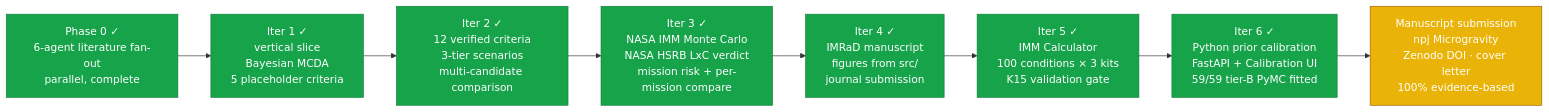
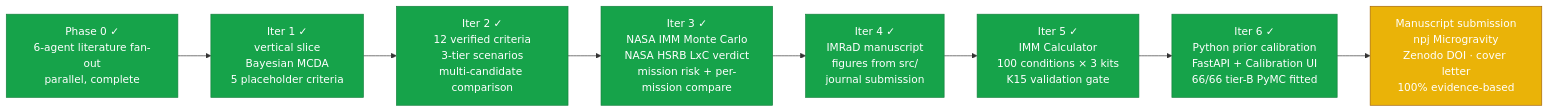
The first of 2 diagrams in README.md (strikerdlm/selectron), drawn with Mermaid before and after one commit. The commit also changed other lines of this file and 4 other files, not shown here.

````diff
--- a/README.md
+++ b/README.md
@@ -81,15 +81,15 @@
 ```mermaid
 flowchart LR
     P0[Phase 0 ✓<br/>6-agent literature fan-out<br/>parallel, complete] --> I1
     I1[Iter 1 ✓<br/>vertical slice<br/>Bayesian MCDA<br/>5 placeholder criteria] --> I2
     I2[Iter 2 ✓<br/>12 verified criteria<br/>3-tier scenarios<br/>multi-candidate comparison] --> I3
     I3[Iter 3 ✓<br/>NASA IMM Monte Carlo<br/>NASA HSRB LxC verdict<br/>mission risk + per-mission compare] --> I4
     I4[Iter 4 ✓<br/>IMRaD manuscript<br/>figures from src/<br/>journal submission] --> I5
     I5[Iter 5 ✓<br/>IMM Calculator<br/>100 conditions × 3 kits<br/>K15 validation gate] --> I6
-    I6[Iter 6 ✓<br/>Python prior calibration<br/>FastAPI + Calibration UI<br/>59/59 tier-B PyMC fitted] --> MS
+    I6[Iter 6 ✓<br/>Python prior calibration<br/>FastAPI + Calibration UI<br/>66/66 tier-B PyMC fitted] --> MS
     MS[Manuscript submission<br/>npj Microgravity<br/>Zenodo DOI · cover letter<br/>100% evidence-based]
     classDef done fill:#16a34a,stroke:#15803d,color:#fff
     classDef active fill:#eab308,stroke:#a16207,color:#fff
     class P0,I1,I2,I3,I4,I5,I6 done
     class MS active
 ```
````
